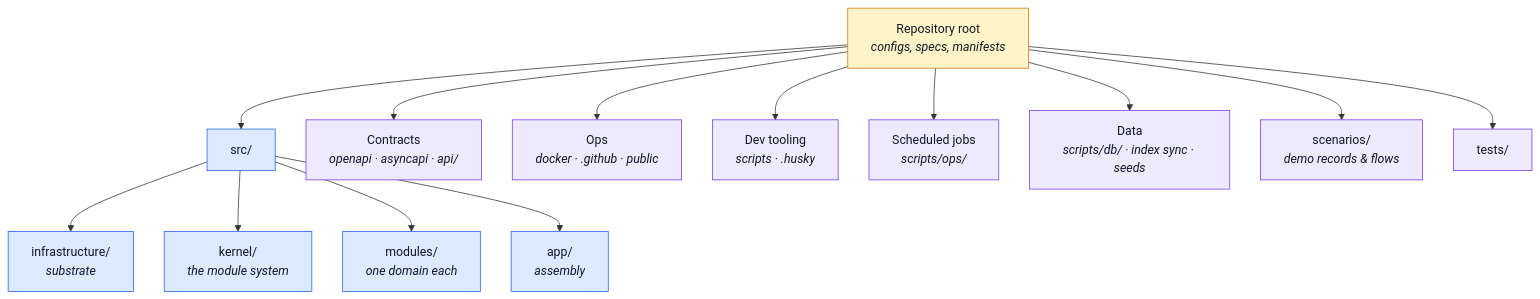
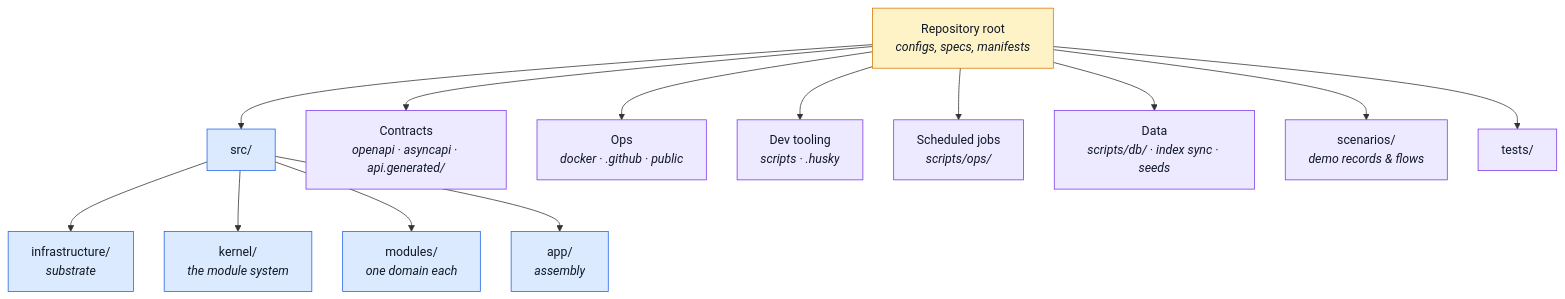
One commit to Guebbit/boilerplate-node-backend changed the diagram in docs/reference/start.md. Above: the diagram before and after it, drawn with Mermaid. The commit also changed other lines of this file and 56 other files, not shown here.

First line of the commit message:
refactor(contracts): mark every generated output with a .generated name

````diff
--- a/docs/reference/start.md
+++ b/docs/reference/start.md
@@ -22,24 +22,24 @@
 ```mermaid
 %%{init: {'flowchart': {'nodeSpacing': 40, 'rankSpacing': 55}}}%%
 flowchart TD
     Root["Repository root<br/><i>configs, specs, manifests</i>"] --> Src["src/"]
-    Root --> Contracts["Contracts<br/><i>openapi · asyncapi · api/</i>"]
+    Root --> Contracts["Contracts<br/><i>openapi · asyncapi · api.generated/</i>"]
     Root --> Ops["Ops<br/><i>docker · .github · public</i>"]
     Root --> Dev["Dev tooling<br/><i>scripts · .husky</i>"]
     Root --> Jobs["Scheduled jobs<br/><i>scripts/ops/</i>"]
     Root --> Data["Data<br/><i>scripts/db/ · index sync · seeds</i>"]
     Root --> Scenarios["scenarios/<br/><i>demo records &amp; flows</i>"]
     Root --> Tests["tests/"]
 
     Src --> Infra["infrastructure/<br/><i>substrate</i>"]
     Src --> Kernel["kernel/<br/><i>the module system</i>"]
     Src --> Modules["modules/<br/><i>one domain each</i>"]
     Src --> App["app/<br/><i>assembly</i>"]
 
     classDef entry fill:#fef3c7,stroke:#d97706,color:#111827;
     classDef code fill:#dbeafe,stroke:#2563eb,color:#111827;
     classDef side fill:#ede9fe,stroke:#7c3aed,color:#111827;
     class Root entry;
     class Src,Infra,Kernel,Modules,App code;
     class Contracts,Ops,Dev,Jobs,Data,Scenarios,Tests side;
 ```
````
